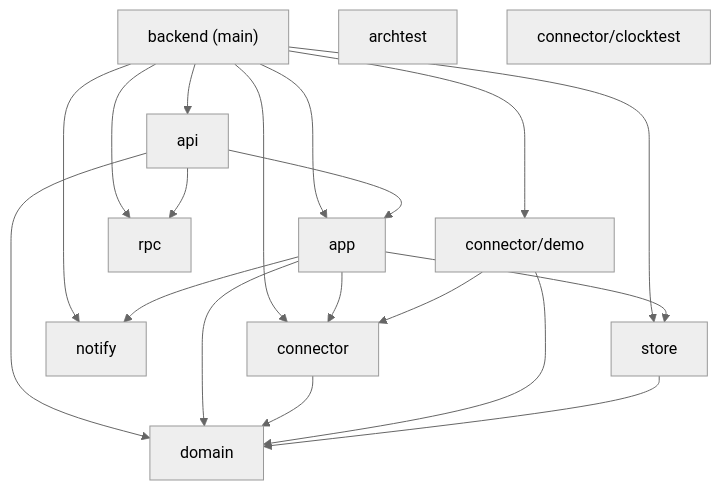
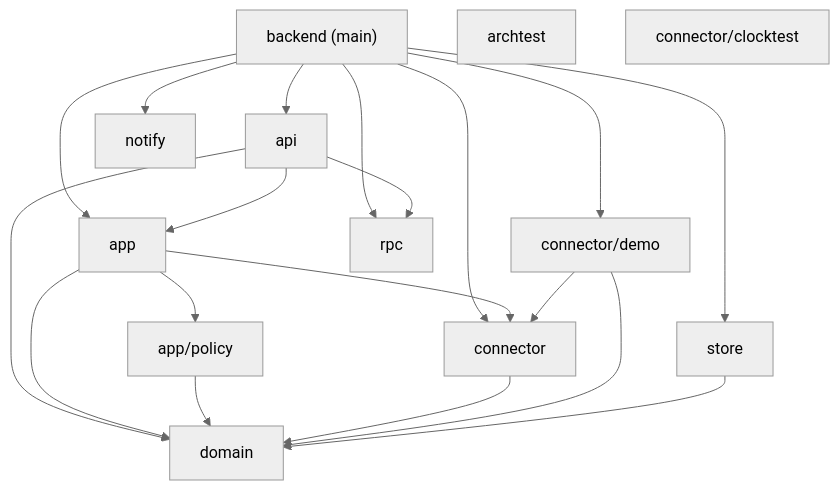
Before and after one commit to timlittle/omamessenger: the diagram in docs/ARCHITECTURE.md, drawn with Mermaid (neutral theme). The commit also changed other lines of this file and 22 other files, not shown here.

First line of the commit message:
Split app into Commands, Ingest and a pure policy

````diff
--- a/docs/ARCHITECTURE.md
+++ b/docs/ARCHITECTURE.md
@@ -5,32 +5,33 @@
 ```mermaid
 graph TD
   p0["backend (main)"]
   p1["api"]
   p2["app"]
-  p3["archtest"]
-  p4["connector"]
-  p5["connector/clocktest"]
-  p6["connector/demo"]
-  p7["domain"]
-  p8["notify"]
-  p9["rpc"]
-  p10["store"]
+  p3["app/policy"]
+  p4["archtest"]
+  p5["connector"]
+  p6["connector/clocktest"]
+  p7["connector/demo"]
+  p8["domain"]
+  p9["notify"]
+  p10["rpc"]
+  p11["store"]
   p0 --> p1
   p0 --> p2
-  p0 --> p4
-  p0 --> p6
-  p0 --> p8
+  p0 --> p5
+  p0 --> p7
   p0 --> p9
   p0 --> p10
+  p0 --> p11
   p1 --> p2
-  p1 --> p7
-  p1 --> p9
-  p2 --> p4
-  p2 --> p7
+  p1 --> p8
+  p1 --> p10
+  p2 --> p3
+  p2 --> p5
   p2 --> p8
-  p2 --> p10
-  p4 --> p7
-  p6 --> p4
-  p6 --> p7
-  p10 --> p7
+  p3 --> p8
+  p5 --> p8
+  p7 --> p5
+  p7 --> p8
+  p11 --> p8
 ```
````
